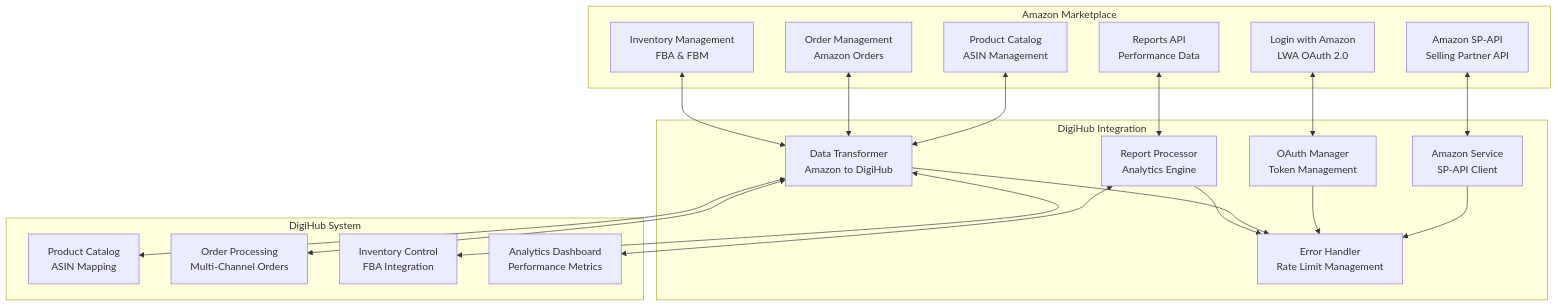
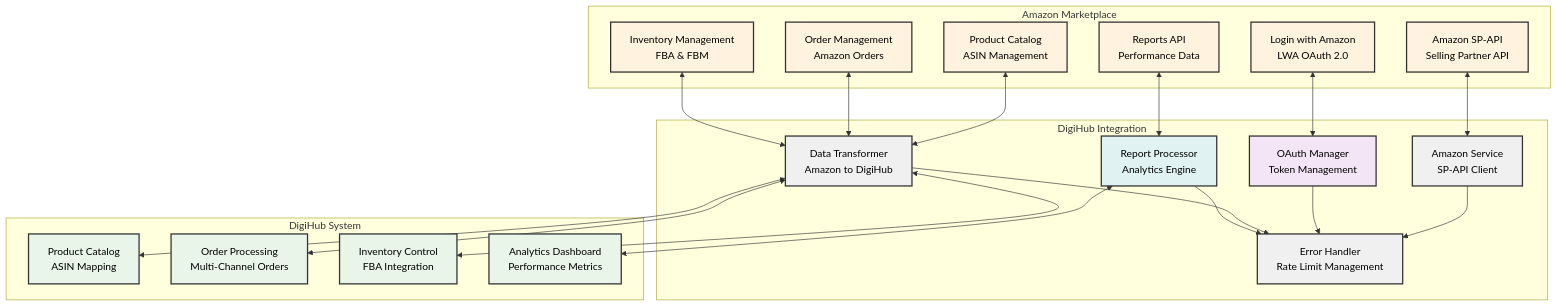
The tenth of 44 diagrams in README.md (sandeepkumar0801/Digihub), drawn with Mermaid before and after one commit. The commit also changed other lines of this file and 1 other file, not shown here.

````diff
--- a/README.md
+++ b/README.md
@@ -1793,48 +1940,57 @@
 ```mermaid
 graph TD
     subgraph "Amazon Marketplace"
         A[Amazon SP-API<br/>Selling Partner API]
         B[Login with Amazon<br/>LWA OAuth 2.0]
         C[Product Catalog<br/>ASIN Management]
         D[Order Management<br/>Amazon Orders]
         E[Inventory Management<br/>FBA & FBM]
         F[Reports API<br/>Performance Data]
     end
 
     subgraph "DigiHub Integration"
         G[Amazon Service<br/>SP-API Client]
         H[OAuth Manager<br/>Token Management]
         I[Data Transformer<br/>Amazon to DigiHub]
         J[Report Processor<br/>Analytics Engine]
         K[Error Handler<br/>Rate Limit Management]
     end
 
     subgraph "DigiHub System"
         L[Product Catalog<br/>ASIN Mapping]
         M[Order Processing<br/>Multi-Channel Orders]
         N[Inventory Control<br/>FBA Integration]
         O[Analytics Dashboard<br/>Performance Metrics]
     end
 
     A <--> G
     B <--> H
     C <--> I
     D <--> I
     E <--> I
     F <--> J
 
     G --> K
     H --> K
     I --> K
     J --> K
 
     I <--> L
     I <--> M
     I <--> N
     J <--> O
 
 
 
+    classDef amazon fill:#fff3e0,stroke:#333333,stroke-width:2px,color:#000000
+    classDef integration fill:#f0f0f0,stroke:#333333,stroke-width:2px,color:#000000
+    classDef core fill:#e8f5e8,stroke:#333333,stroke-width:2px,color:#000000
+    classDef auth fill:#f3e5f5,stroke:#333333,stroke-width:2px,color:#000000
+    classDef analytics fill:#e0f2f1,stroke:#333333,stroke-width:2px,color:#000000
 
-
+    class A,B,C,D,E,F amazon
+    class G,I,K integration
+    class H auth
+    class J analytics
+    class L,M,N,O core
 ```
````
